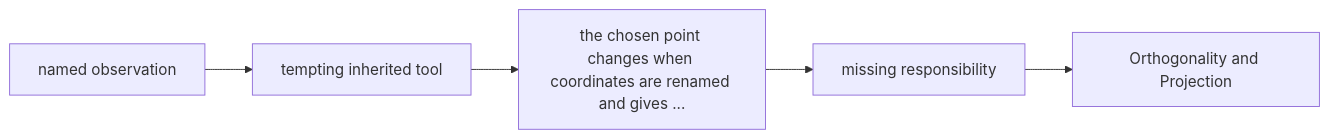
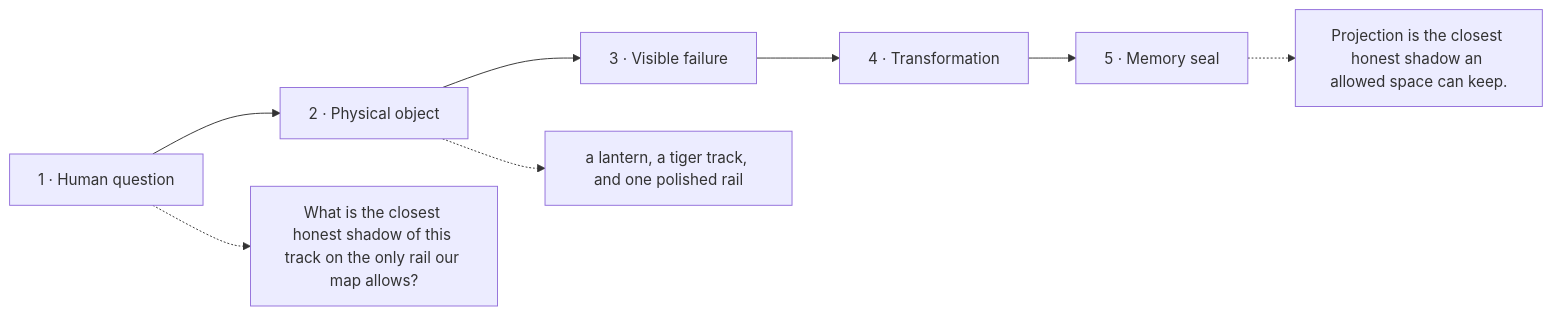
The diagram in excavations/207-orthogonality-projection/diagram.md (kleem-labs/AI-Archaeology), drawn with Mermaid before and after one commit. The commit also changed other lines of this file and 117 other files, not shown here.

````diff
--- a/excavations/207-orthogonality-projection/diagram.md
+++ b/excavations/207-orthogonality-projection/diagram.md
@@ -3,7 +5,10 @@
 ```mermaid
 flowchart LR
-  O["named observation"] --> A["tempting inherited tool"]
-  A --> F["the chosen point changes when coordinates are renamed and gives ..."]
-  F --> R["missing responsibility"]
-  R --> D["Orthogonality and Projection"]
+  Q["1 · Human question"] --> O["2 · Physical object"]
+  O --> F["3 · Visible failure"]
+  F --> T["4 · Transformation"]
+  T --> S["5 · Memory seal"]
+  Q -.-> QD["What is the closest honest shadow of this track on the only rail our map allows?"]
+  O -.-> OD["a lantern, a tiger track, and one polished rail"]
+  S -.-> SD["Projection is the closest honest shadow an allowed space can keep."]
 ```
````
